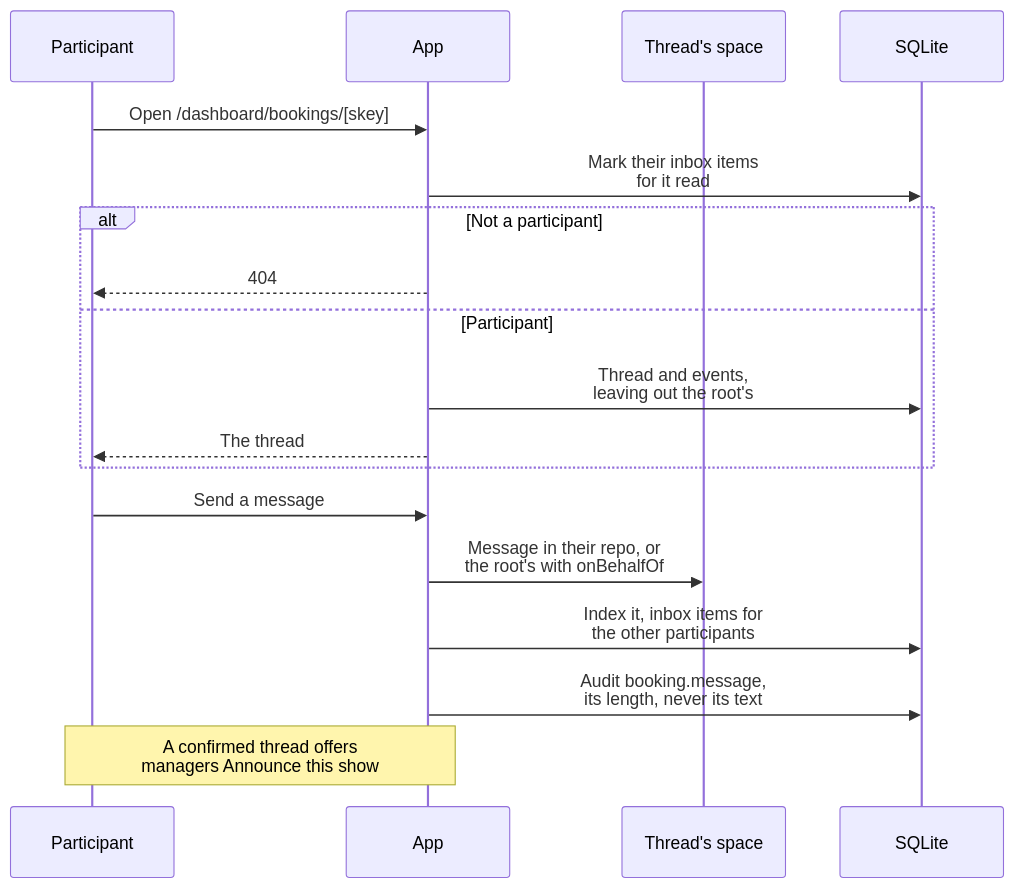
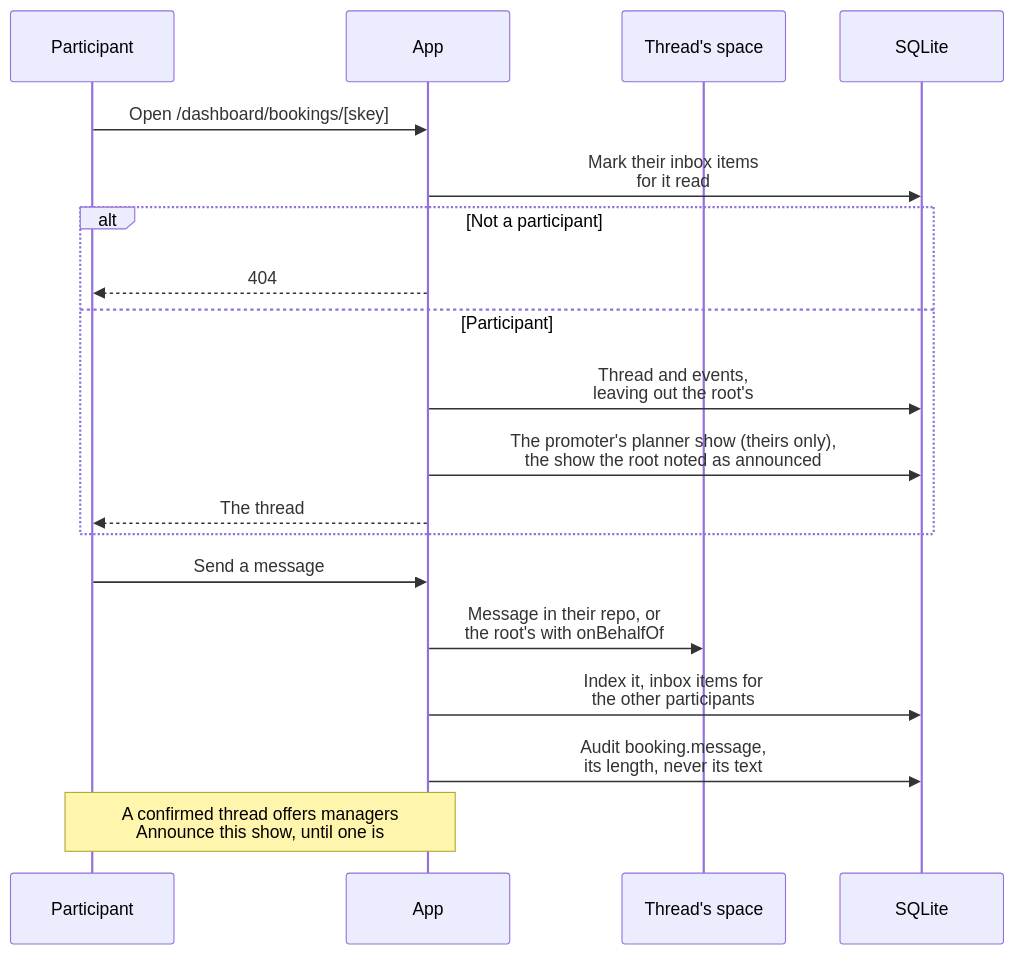
Before and after one commit to cutenode/localnetwork: the eighth of 9 diagrams in apps/web/docs/diagrams/profiles-and-bookings.md, drawn with Mermaid. The commit also changed other lines of this file and 22 other files, not shown here.

First line of the commit message:
feat(web): link a booking to its planner show and its announced show

````diff
--- a/apps/web/docs/diagrams/profiles-and-bookings.md
+++ b/apps/web/docs/diagrams/profiles-and-bookings.md
@@ -179,20 +181,21 @@
 ```mermaid
 sequenceDiagram
   participant P as Participant
   participant A as App
   participant S as Thread's space
   participant D as SQLite
   P->>A: Open /dashboard/bookings/[skey]
   A->>D: Mark their inbox items<br/>for it read
   alt Not a participant
     A-->>P: 404
   else Participant
     A->>D: Thread and events,<br/>leaving out the root's
+    A->>D: The promoter's planner show (theirs only),<br/>the show the root noted as announced
     A-->>P: The thread
   end
   P->>A: Send a message
   A->>S: Message in their repo, or<br/>the root's with onBehalfOf
   A->>D: Index it, inbox items for<br/>the other participants
   A->>D: Audit booking.message,<br/>its length, never its text
-  Note over P,A: A confirmed thread offers<br/>managers Announce this show
+  Note over P,A: A confirmed thread offers managers<br/>Announce this show, until one is
 ```
````
